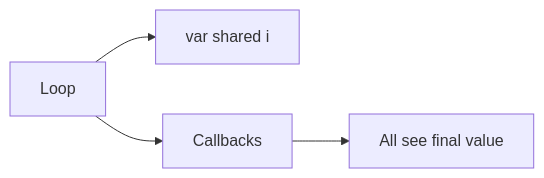
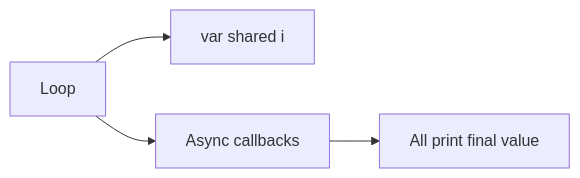
The seventh of 7 diagrams in JavaScript/Async-Control-Flow.md (seanwhs/Tutorials), drawn with Mermaid before and after one commit. The commit also changed other lines of this file, not shown here.

````diff
--- a/JavaScript/Async-Control-Flow.md
+++ b/JavaScript/Async-Control-Flow.md
@@ -274,6 +477,6 @@
 ```mermaid
 flowchart LR
 A[Loop] --> B[var shared i]
-A --> C[Callbacks]
-C --> D[All see final value]
+A --> C[Async callbacks]
+C --> D[All print final value]
 ```
````
